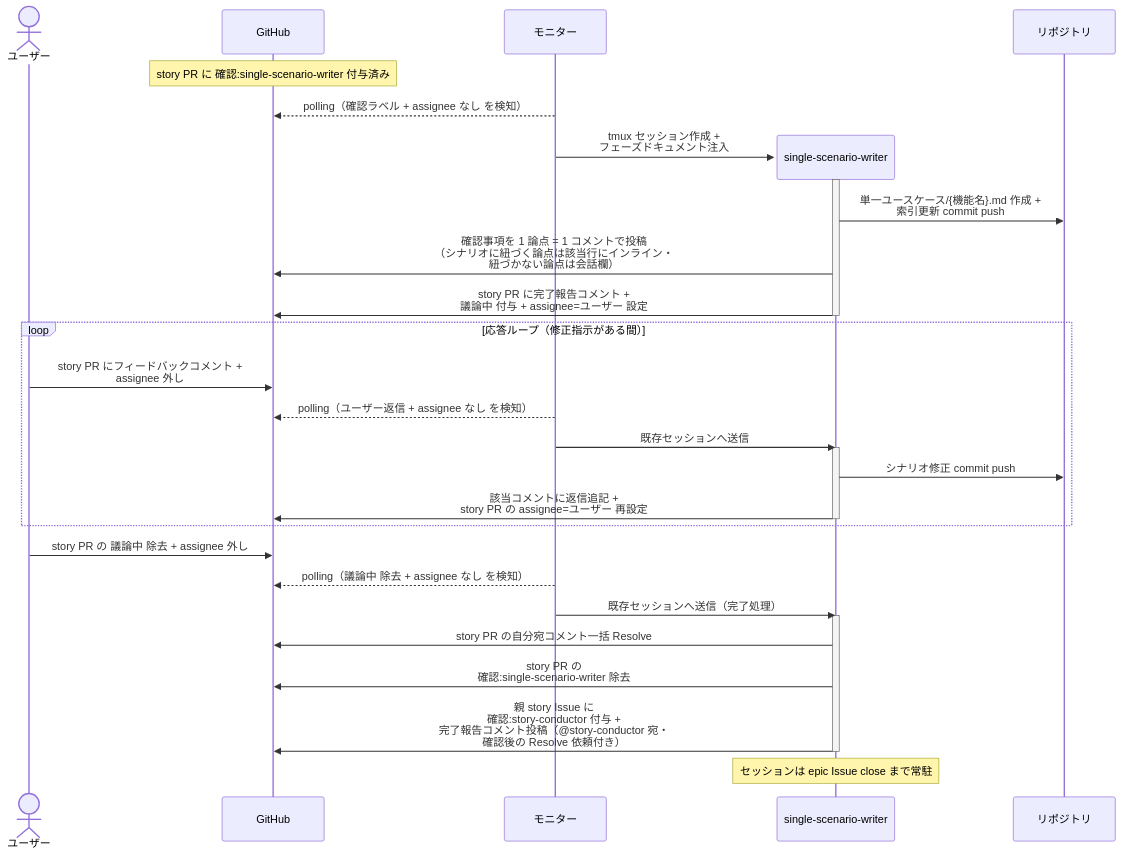
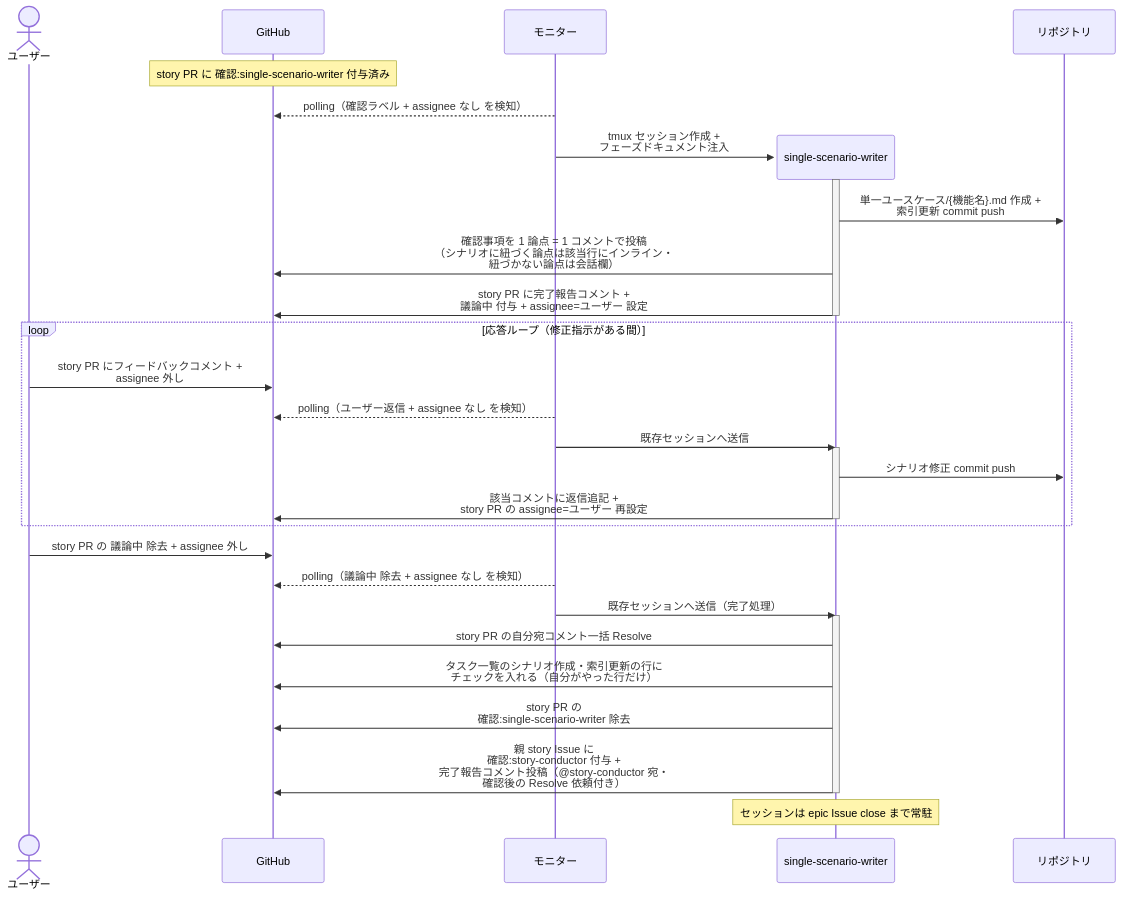
One commit to shuhei1101/ai-monitor changed the first of 3 diagrams in docs/wiki/設計図/シナリオ/単一ユースケース/単一シナリオ設計.md. Above: the diagram before and after it, drawn with Mermaid. The commit also changed other lines of this file and 77 other files, not shown here.

````diff
--- a/docs/wiki/設計図/シナリオ/単一ユースケース/単一シナリオ設計.md
+++ b/docs/wiki/設計図/シナリオ/単一ユースケース/単一シナリオ設計.md
@@ -26,37 +26,38 @@
 ```mermaid
 sequenceDiagram
   actor U as ユーザー
   participant GH as GitHub
   participant ORC as モニター
 
   Note over GH: story PR に 確認:single-scenario-writer 付与済み
   ORC-->>GH: polling（確認ラベル + assignee なし を検知）
   create participant MON as single-scenario-writer
   ORC->>MON: tmux セッション作成 +<br>フェーズドキュメント注入
   participant REPO as リポジトリ
   activate MON
   MON->>REPO: 単一ユースケース/{機能名}.md 作成 +<br>索引更新 commit push
   MON->>GH: 確認事項を 1 論点 = 1 コメントで投稿<br>（シナリオに紐づく論点は該当行にインライン・<br>紐づかない論点は会話欄）
   MON->>GH: story PR に完了報告コメント +<br>議論中 付与 + assignee=ユーザー 設定
   deactivate MON
 
   loop 応答ループ（修正指示がある間）
     U->>GH: story PR にフィードバックコメント +<br>assignee 外し
     ORC-->>GH: polling（ユーザー返信 + assignee なし を検知）
     ORC->>MON: 既存セッションへ送信
     activate MON
     MON->>REPO: シナリオ修正 commit push
     MON->>GH: 該当コメントに返信追記 +<br>story PR の assignee=ユーザー 再設定
     deactivate MON
   end
 
   U->>GH: story PR の 議論中 除去 + assignee 外し
   ORC-->>GH: polling（議論中 除去 + assignee なし を検知）
   ORC->>MON: 既存セッションへ送信（完了処理）
   activate MON
   MON->>GH: story PR の自分宛コメント一括 Resolve
+  MON->>GH: タスク一覧のシナリオ作成・索引更新の行に<br>チェックを入れる（自分がやった行だけ）
   MON->>GH: story PR の<br>確認:single-scenario-writer 除去
   MON->>GH: 親 story Issue に<br>確認:story-conductor 付与 +<br>完了報告コメント投稿（@story-conductor 宛・<br>確認後の Resolve 依頼付き）
   deactivate MON
   Note over MON: セッションは epic Issue close まで常駐
 ```
````
